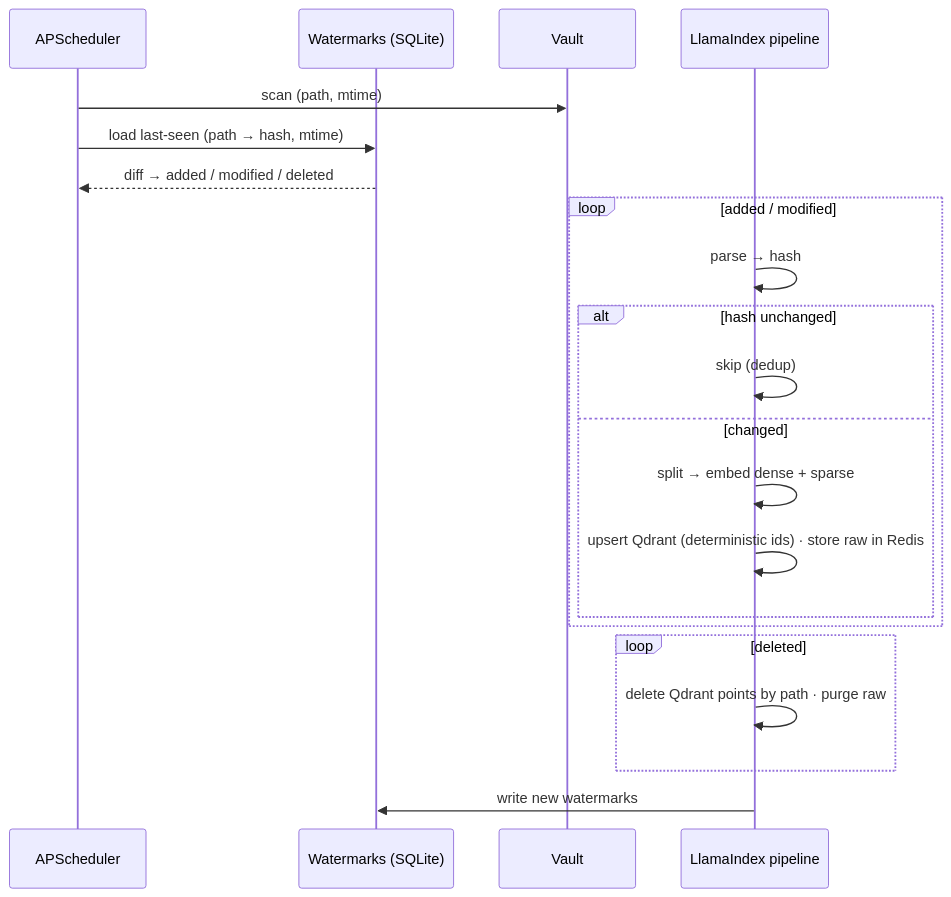
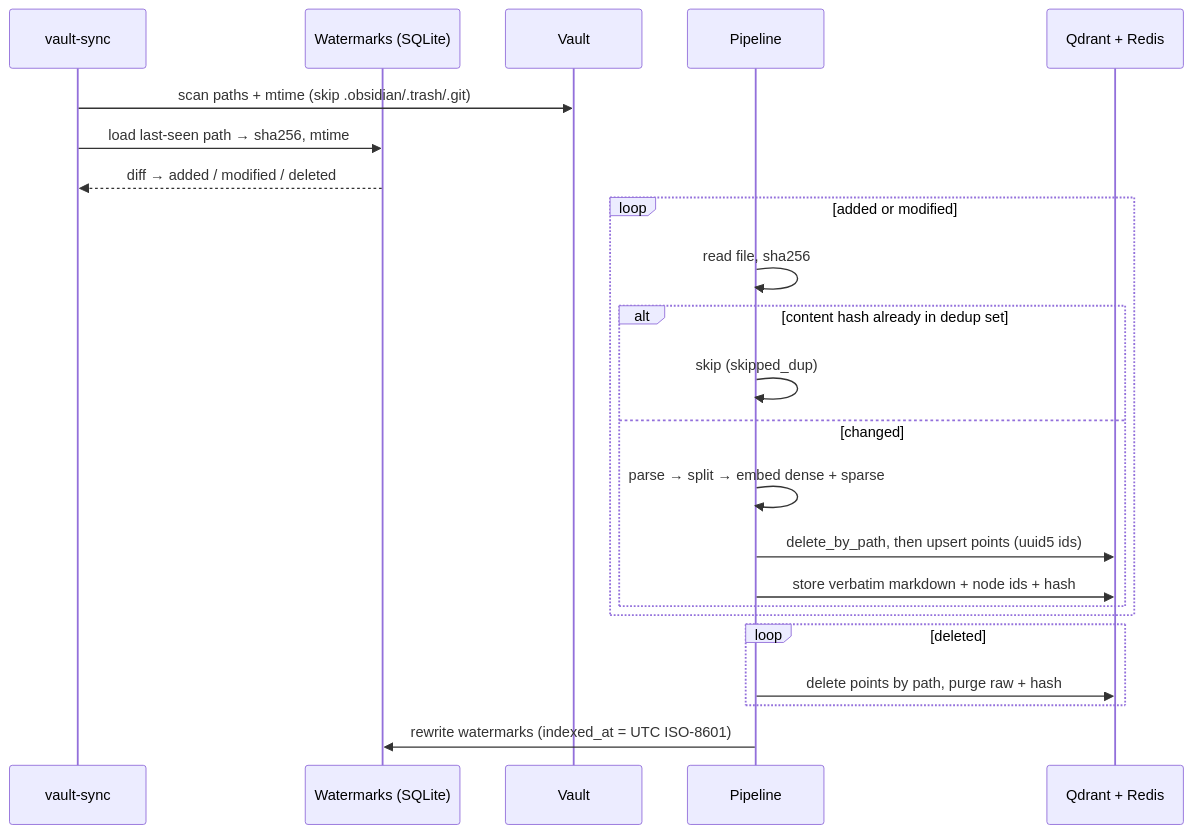
One commit to Atrv-Shrn/Obsidian-Librarian changed the fourth of 9 diagrams in docs/SPEC.md. Above: the diagram before and after it, drawn with Mermaid. The commit also changed other lines of this file and 5 other files, not shown here.

First line of the commit message:
fix: never invoke the agent graph with an empty message list

````diff
--- a/docs/SPEC.md
+++ b/docs/SPEC.md
@@ -200,23 +226,25 @@
 ```mermaid
 sequenceDiagram
-  participant S as APScheduler
+  participant S as vault-sync
   participant W as Watermarks (SQLite)
   participant FS as Vault
-  participant P as LlamaIndex pipeline
-  S->>FS: scan (path, mtime)
-  S->>W: load last-seen (path → hash, mtime)
+  participant P as Pipeline
+  participant Q as Qdrant + Redis
+  S->>FS: scan paths + mtime (skip .obsidian/.trash/.git)
+  S->>W: load last-seen path → sha256, mtime
   W-->>S: diff → added / modified / deleted
-  loop added / modified
-    P->>P: parse → hash
-    alt hash unchanged
-      P->>P: skip (dedup)
+  loop added or modified
+    P->>P: read file, sha256
+    alt content hash already in dedup set
+      P->>P: skip (skipped_dup)
     else changed
-      P->>P: split → embed dense + sparse
-      P->>P: upsert Qdrant (deterministic ids) · store raw in Redis
+      P->>P: parse → split → embed dense + sparse
+      P->>Q: delete_by_path, then upsert points (uuid5 ids)
+      P->>Q: store verbatim markdown + node ids + hash
     end
   end
   loop deleted
-    P->>P: delete Qdrant points by path · purge raw
+    P->>Q: delete points by path, purge raw + hash
   end
-  P->>W: write new watermarks
+  P->>W: rewrite watermarks (indexed_at = UTC ISO-8601)
 ```
````
